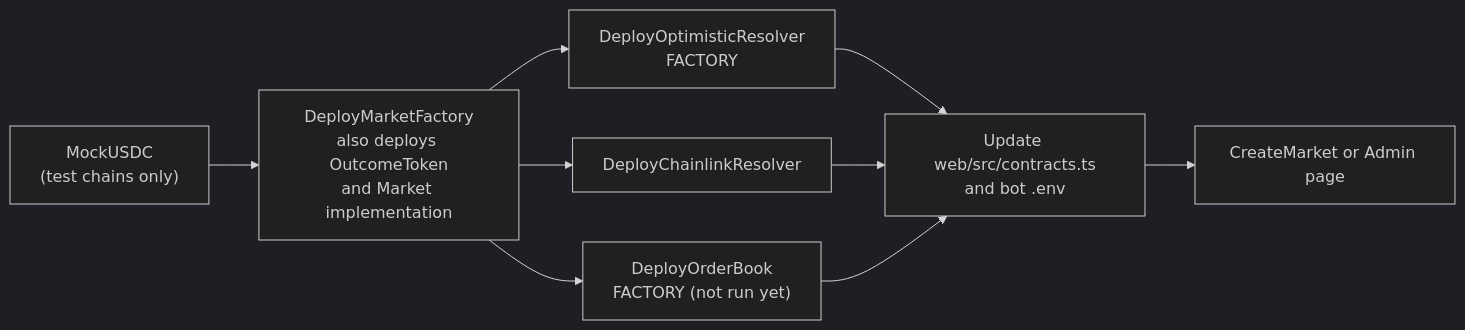
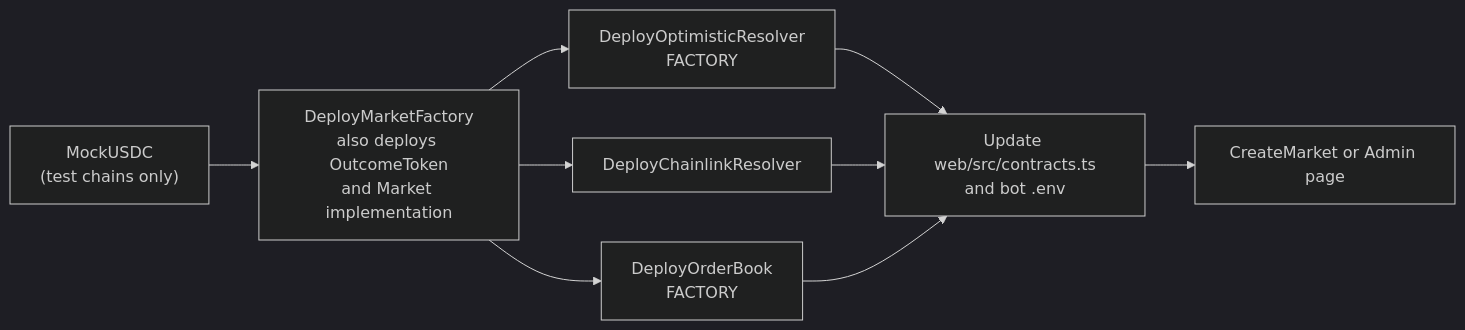
The ninth of 9 diagrams in docs/architecture.md (CLinnSheng/Sooth), drawn with Mermaid (dark theme) before and after one commit. The commit also changed other lines of this file and 5 other files, not shown here.

First line of the commit message:
docs: the order book is deployed on Base Sepolia

````diff
--- a/docs/architecture.md
+++ b/docs/architecture.md
@@ -382,11 +382,11 @@
 ```mermaid
 flowchart LR
     usdc["MockUSDC<br/>(test chains only)"] --> fac["DeployMarketFactory<br/>also deploys OutcomeToken<br/>and Market implementation"]
     fac --> opt["DeployOptimisticResolver<br/>FACTORY"]
     fac --> cl["DeployChainlinkResolver"]
-    fac --> ob["DeployOrderBook<br/>FACTORY (not run yet)"]
+    fac --> ob["DeployOrderBook<br/>FACTORY"]
     opt --> web["Update web/src/contracts.ts<br/>and bot .env"]
     cl --> web
     ob --> web
     web --> mk["CreateMarket or Admin page"]
 ```
````
